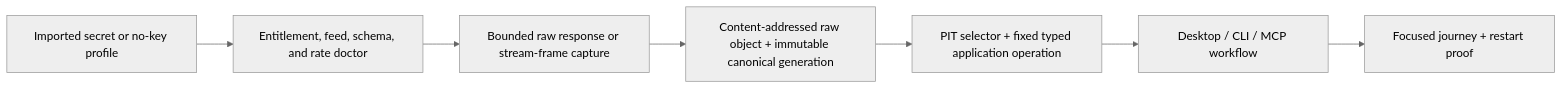
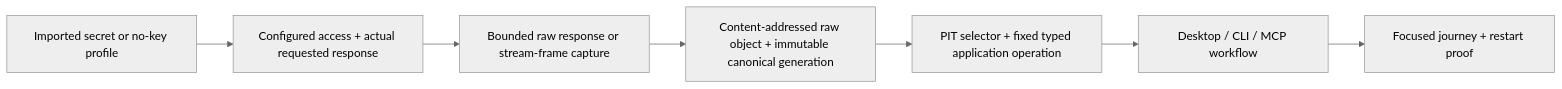
One commit to Sawmonabo/market-squawk changed the third of 4 diagrams in docs/architecture/market-data-provider-architecture.md. Above: the diagram before and after it, drawn with Mermaid (neutral theme). The commit also changed other lines of this file and 65 other files, not shown here.

````diff
--- a/docs/architecture/market-data-provider-architecture.md
+++ b/docs/architecture/market-data-provider-architecture.md
@@ -497,9 +497,9 @@
 ```mermaid
 flowchart LR
-    Config["Imported secret or no-key profile"] --> Doctor["Entitlement, feed, schema, and rate doctor"]
-    Doctor --> Capture["Bounded raw response or stream-frame capture"]
+    Config["Imported secret or no-key profile"] --> Access["Configured access + actual requested response"]
+    Access --> Capture["Bounded raw response or stream-frame capture"]
     Capture --> Publish["Content-addressed raw object + immutable canonical generation"]
     Publish --> Select["PIT selector + fixed typed application operation"]
     Select --> Workflow["Desktop / CLI / MCP workflow"]
     Workflow --> Proof["Focused journey + restart proof"]
 ```
````
